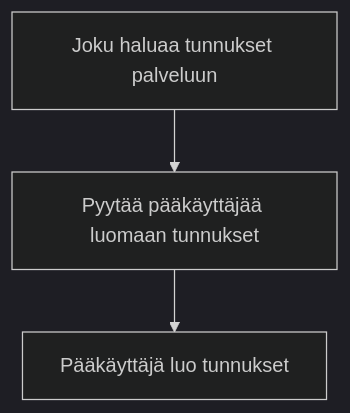
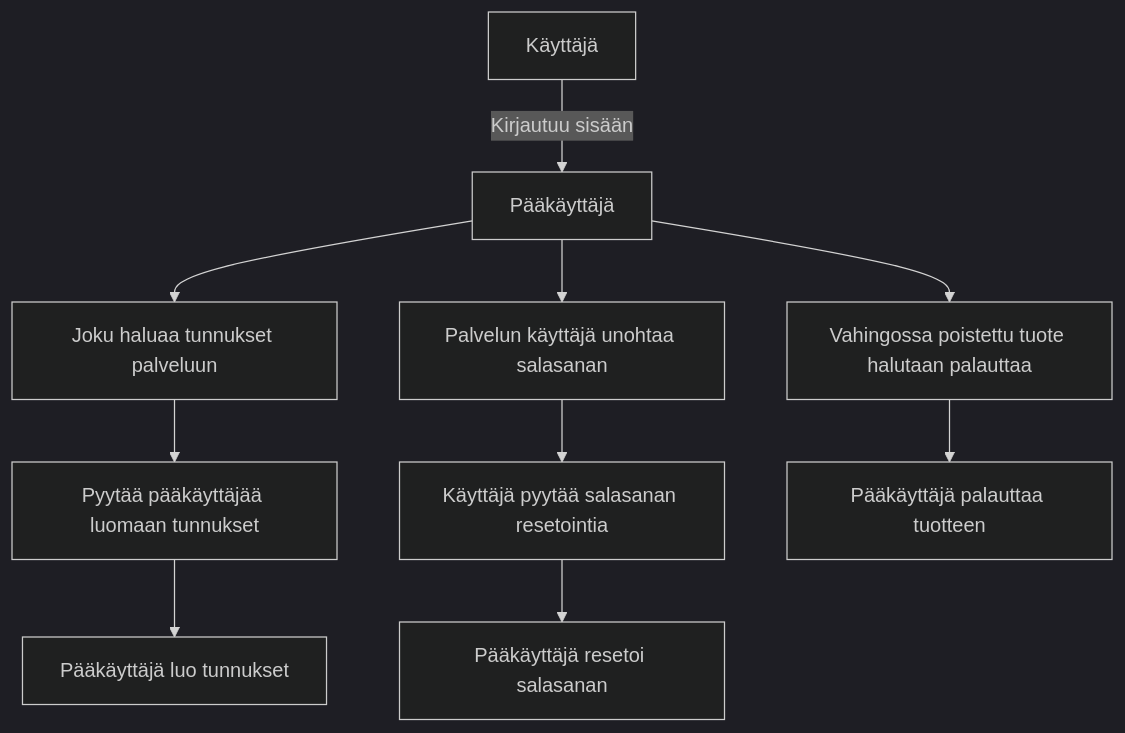
One commit to martimik/TuHlaRi-core changed the second of 7 diagrams in dokumentit/02-vaatimusmaarittely/vaatimusmaarittely.md. Above: the diagram before and after it, drawn with Mermaid (dark theme). The commit also changed other lines of this file, not shown here.

````diff
--- a/dokumentit/02-vaatimusmaarittely/vaatimusmaarittely.md
+++ b/dokumentit/02-vaatimusmaarittely/vaatimusmaarittely.md
@@ -118,6 +118,21 @@
 ```mermaid
  graph TD
-A["Joku haluaa tunnukset palveluun"]-->B["Pyytää pääkäyttäjää luomaan tunnukset"]
-B-->C["Pääkäyttäjä luo tunnukset"]
+ 
+U["Käyttäjä"]
+P["Pääkäyttäjä"]
+
+U --> |Kirjautuu sisään|P
+
+P --> A1
+P --> A2
+P --> A3
+
+A1["Joku haluaa tunnukset palveluun"]-->B1["Pyytää pääkäyttäjää luomaan tunnukset"]
+B1-->C1["Pääkäyttäjä luo tunnukset"]
+
+A2["Palvelun käyttäjä unohtaa salasanan"]-->B2["Käyttäjä pyytää salasanan resetointia"]
+B2-->C2["Pääkäyttäjä resetoi salasanan"]
+
+A3["Vahingossa poistettu tuote halutaan palauttaa"]-->B3["Pääkäyttäjä palauttaa tuotteen"]
 
 ```
````
